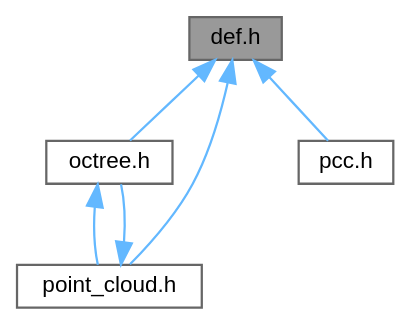
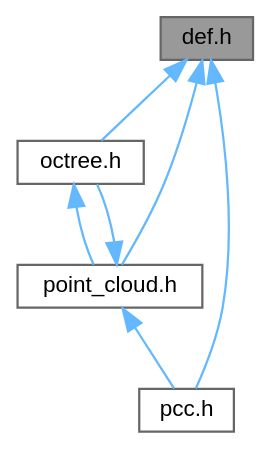
The diagram in def_8h__dep__incl.dot (filrg/pcc), drawn with Graphviz before and after one commit. The commit also changed 13 other files, not shown here.

```diff
--- a/def_8h__dep__incl.dot
+++ b/def_8h__dep__incl.dot
@@ -1,16 +1,17 @@
 digraph "def.h"
 {
  // LATEX_PDF_SIZE
   bgcolor="transparent";
   edge [fontname=Helvetica,fontsize=10,labelfontname=Helvetica,labelfontsize=10];
   node [fontname=Helvetica,fontsize=10,shape=box,height=0.2,width=0.4];
   Node1 [id="Node000001",label="def.h",height=0.2,width=0.4,color="gray40", fillcolor="grey60", style="filled", fontcolor="black",tooltip=" "];
   Node1 -> Node2 [id="edge1_Node000001_Node000002",dir="back",color="steelblue1",style="solid",tooltip=" "];
   Node2 [id="Node000002",label="octree.h",height=0.2,width=0.4,color="grey40", fillcolor="white", style="filled",URL="$octree_8h.html",tooltip=" "];
   Node2 -> Node3 [id="edge2_Node000002_Node000003",dir="back",color="steelblue1",style="solid",tooltip=" "];
   Node3 [id="Node000003",label="point_cloud.h",height=0.2,width=0.4,color="grey40", fillcolor="white", style="filled",URL="$point__cloud_8h.html",tooltip=" "];
   Node3 -> Node2 [id="edge3_Node000003_Node000002",dir="back",color="steelblue1",style="solid",tooltip=" "];
-  Node1 -> Node4 [id="edge4_Node000001_Node000004",dir="back",color="steelblue1",style="solid",tooltip=" "];
+  Node3 -> Node4 [id="edge4_Node000003_Node000004",dir="back",color="steelblue1",style="solid",tooltip=" "];
   Node4 [id="Node000004",label="pcc.h",height=0.2,width=0.4,color="grey40", fillcolor="white", style="filled",URL="$pcc_8h.html",tooltip=" "];
-  Node1 -> Node3 [id="edge5_Node000001_Node000003",dir="back",color="steelblue1",style="solid",tooltip=" "];
+  Node1 -> Node4 [id="edge5_Node000001_Node000004",dir="back",color="steelblue1",style="solid",tooltip=" "];
+  Node1 -> Node3 [id="edge6_Node000001_Node000003",dir="back",color="steelblue1",style="solid",tooltip=" "];
 }
```
